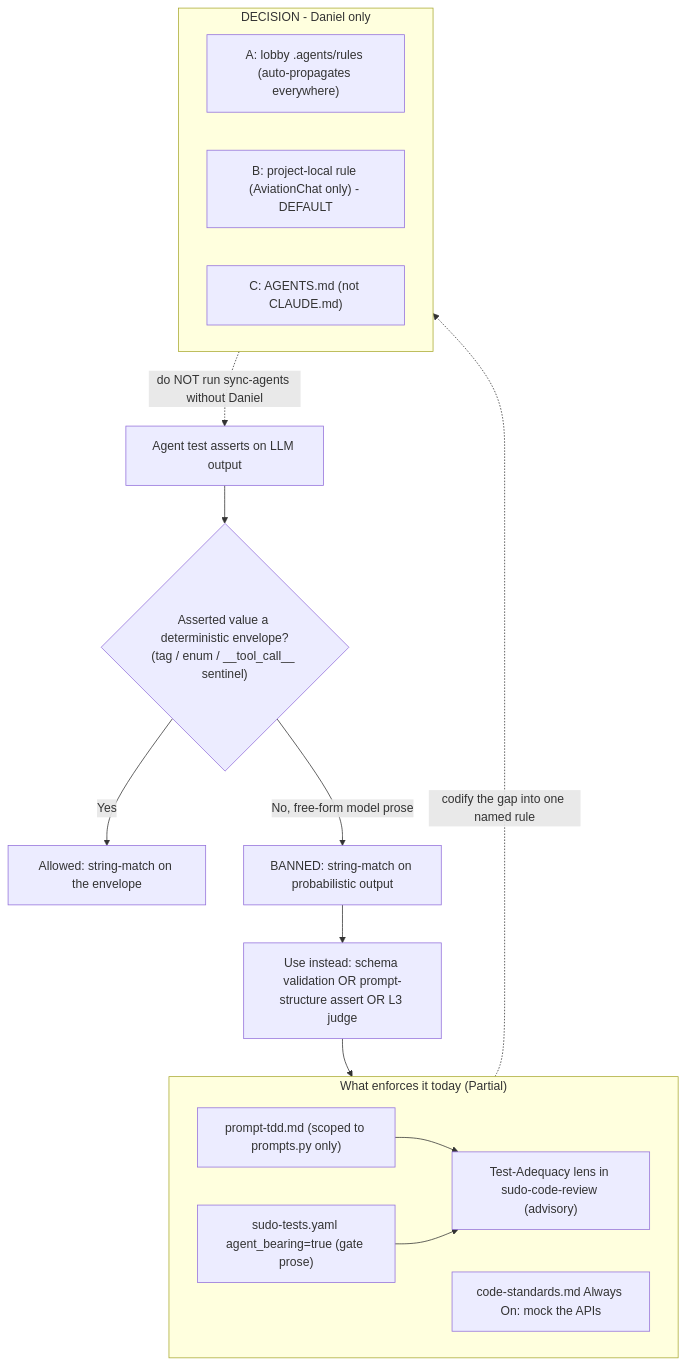
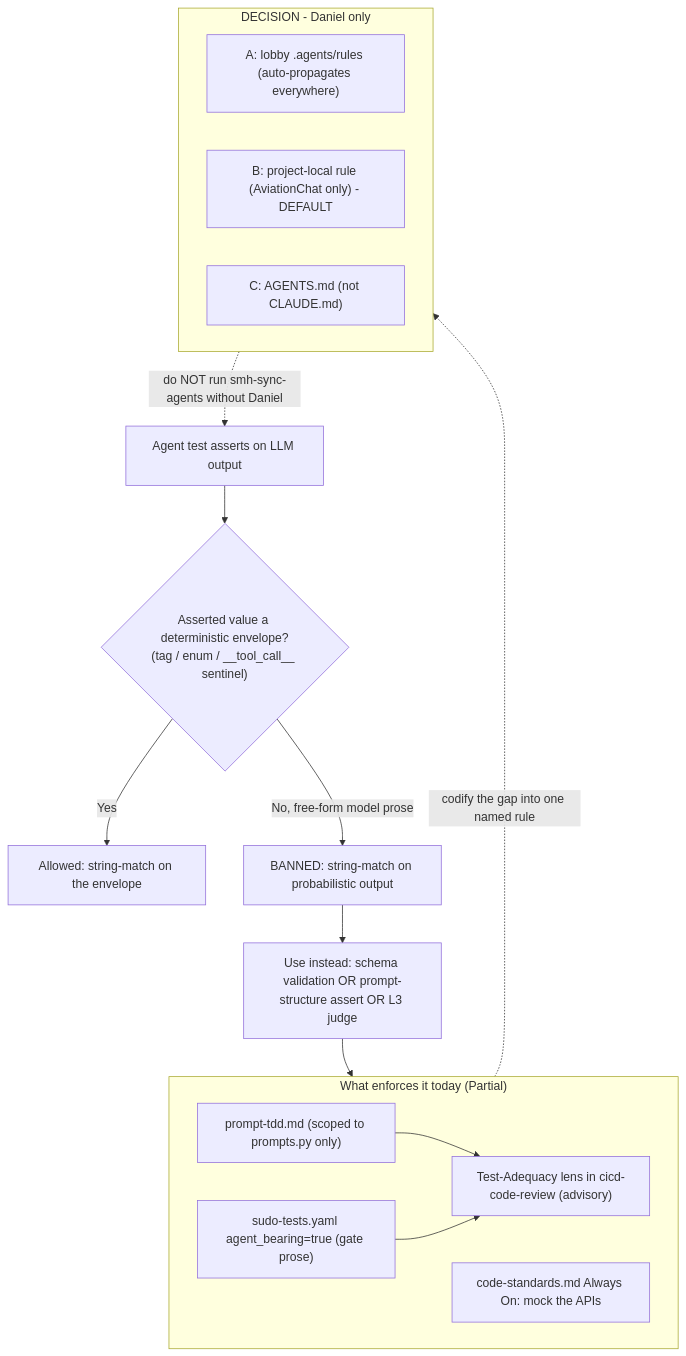
One commit to sudomadhatter/Sudo_Hatter_Command changed diagram 11 of 12 in _my_resources/diagrams_guides/workflows_tea_testing/tea_testing_guide.md. Above: the diagram before and after it, drawn with Mermaid. The commit also changed other lines of this file and 402 other files, not shown here.

````diff
--- a/_my_resources/diagrams_guides/workflows_tea_testing/tea_testing_guide.md
+++ b/_my_resources/diagrams_guides/workflows_tea_testing/tea_testing_guide.md
@@ -612,23 +612,23 @@
 ```mermaid
 flowchart TD
     Start["Agent test asserts on LLM output"] --> Q1{"Asserted value a deterministic envelope?\n(tag / enum / __tool_call__ sentinel)"}
     Q1 -->|"Yes"| OK["Allowed: string-match on the envelope"]
     Q1 -->|"No, free-form model prose"| BAN["BANNED: string-match on probabilistic output"]
     BAN --> Alt["Use instead: schema validation OR prompt-structure assert OR L3 judge"]
     subgraph Enforce ["What enforces it today (Partial)"]
         E1["prompt-tdd.md (scoped to prompts.py only)"]
         E2["sudo-tests.yaml agent_bearing=true (gate prose)"]
-        E3["Test-Adequacy lens in sudo-code-review (advisory)"]
+        E3["Test-Adequacy lens in cicd-code-review (advisory)"]
         E4["code-standards.md Always On: mock the APIs"]
         E1 --> E3
         E2 --> E3
     end
     Alt --> Enforce
     subgraph Decide ["DECISION - Daniel only"]
         D1["A: lobby .agents/rules (auto-propagates everywhere)"]
         D2["B: project-local rule (AviationChat only) - DEFAULT"]
         D3["C: AGENTS.md (not CLAUDE.md)"]
     end
     Enforce -.->|"codify the gap into one named rule"| Decide
-    Decide -.->|"do NOT run sync-agents without Daniel"| Start
+    Decide -.->|"do NOT run smh-sync-agents without Daniel"| Start
 ```
````
